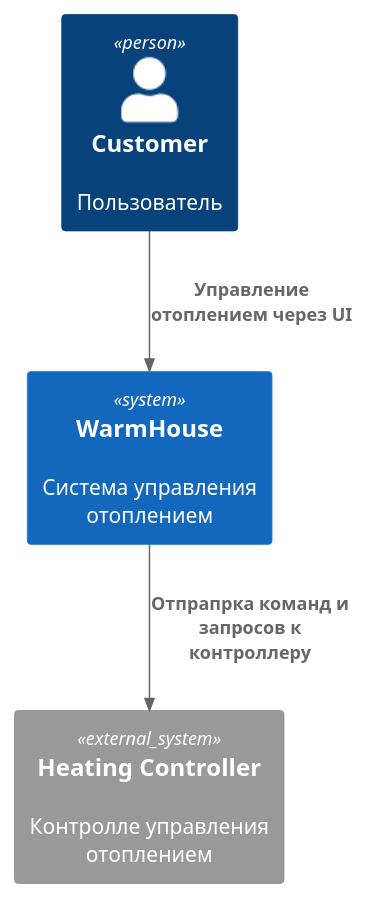
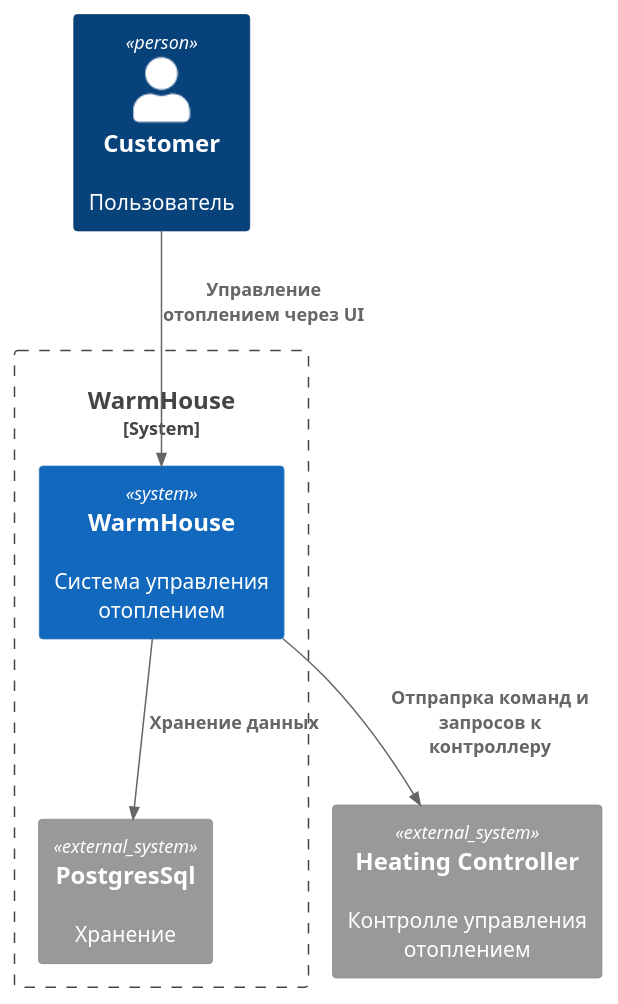
The diagram in context_as_is.puml (Meeluck/architecture-warmhouse), drawn with PlantUML before and after one commit. The commit also changed 1 other file, not shown here.

```diff
--- a/context_as_is.puml
+++ b/context_as_is.puml
@@ -1,12 +1,17 @@
 @startuml
 !include https://raw.githubusercontent.com/plantuml-stdlib/C4-PlantUML/master/C4_Context.puml
 
 Person(user,"Customer","Пользователь")
 
-System(wh, "WarmHouse","Система управления отоплением")
+System_Boundary(c1,WarmHouse){
+    System(wh, "WarmHouse","Система управления отоплением")
+    System_Ext(db,"PostgresSql","Хранение")
+}
+
 
 System_Ext(heating,"Heating Controller","Контролле управления отоплением")
 
 Rel(wh,heating,"Отпрапрка команд и запросов к контроллеру")
 Rel(user,wh,"Управление отоплением через UI")
+Rel(wh,db,"Хранение данных")
 @enduml
```
